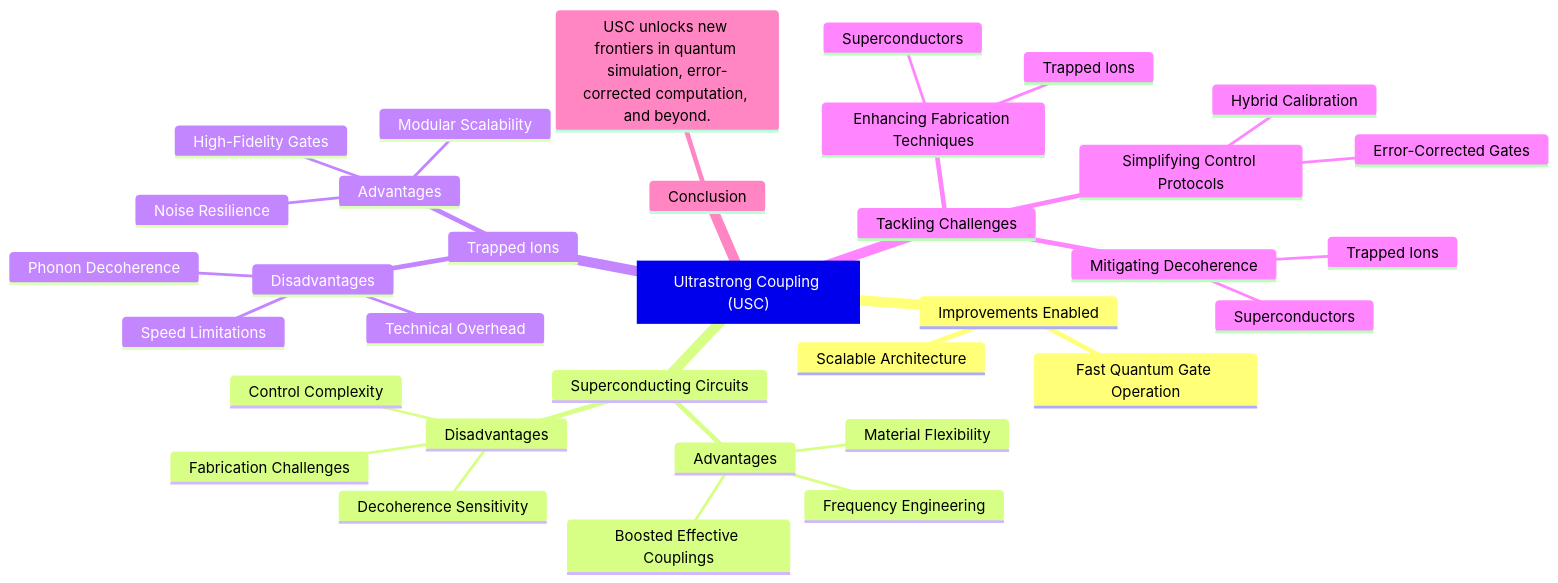
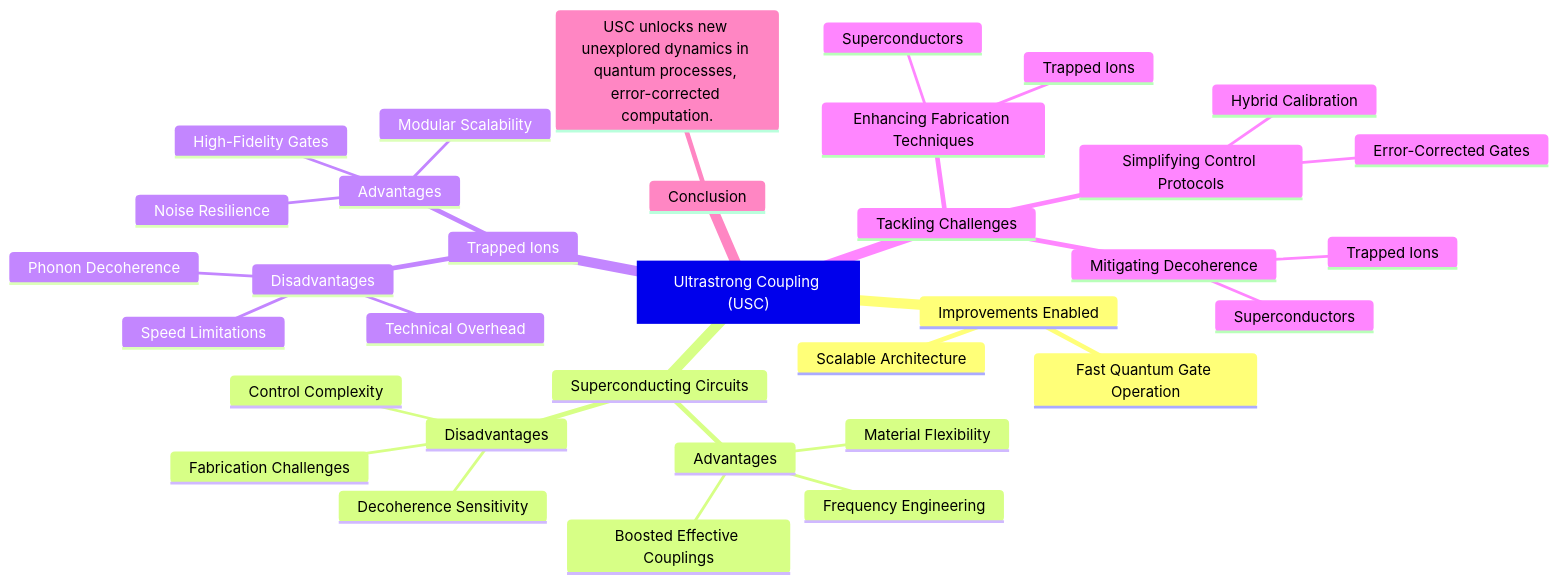
One commit to jishnurajendran/jishnurajendran.github.io changed the diagram in _posts/2025-02-18-USC.md. Above: the diagram before and after it, drawn with Mermaid. The commit also changed 1 other file, not shown here.

Commit message:
small typos

````diff
--- a/_posts/2025-02-18-USC.md
+++ b/_posts/2025-02-18-USC.md
@@ -17,41 +17,41 @@
 ```mermaid
 ---
 config:
   theme: mc
 ---
 mindmap
   root["Ultrastrong Coupling (USC)"]
     Improvements Enabled
       Fast Quantum Gate Operation
       Scalable Architecture
     Superconducting Circuits
       Advantages
         Boosted Effective Couplings
         Frequency Engineering
         Material Flexibility
       Disadvantages
         Decoherence Sensitivity
         Control Complexity
         Fabrication Challenges
     Trapped Ions
       Advantages
         High-Fidelity Gates
         Noise Resilience
         Modular Scalability
       Disadvantages
         Technical Overhead
         Phonon Decoherence
         Speed Limitations
     Tackling Challenges
       Mitigating Decoherence
         Superconductors
         Trapped Ions
       Simplifying Control Protocols
         Hybrid Calibration
         Error-Corrected Gates
       Enhancing Fabrication Techniques
         Superconductors
         Trapped Ions
     Conclusion
-      USC unlocks new frontiers in quantum simulation, error-corrected computation, and beyond.
+      USC unlocks new unexplored dynamics in quantum processes, error-corrected computation.
 ```
````
